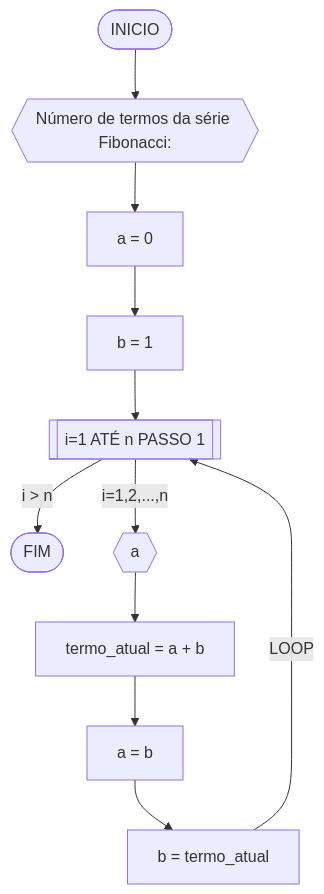
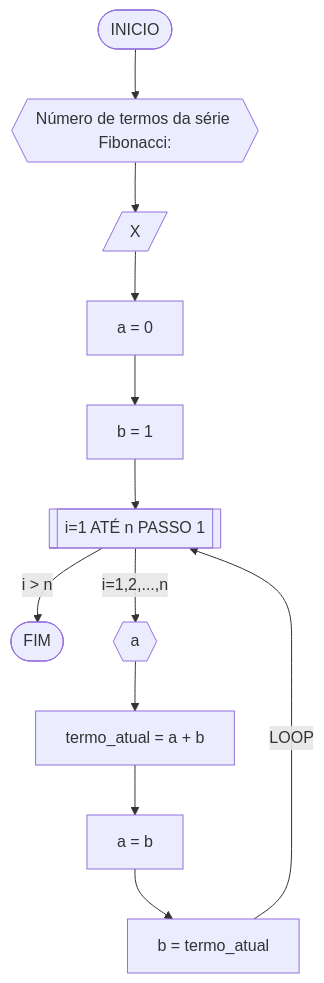
Before and after one commit to yeesusu/UNIFOR: the seventh of 8 diagrams in RLA/Unid1/RLA3/AD1.md, drawn with Mermaid. The commit also changed other lines of this file, not shown here.

````diff
--- a/RLA/Unid1/RLA3/AD1.md
+++ b/RLA/Unid1/RLA3/AD1.md
@@ -414,13 +414,14 @@
 ```mermaid
 flowchart TD
 A([INICIO]) --> B{{"Número de termos da série Fibonacci:"}}
-B --> C[a = 0]
-C --> D[b = 1]
-D --> E[[i=1 ATÉ n PASSO 1]]
-E --"i > n"--> J([FIM])
-E --"i=1,2,...,n"--> F{{a}}
-F --> G[termo_atual = a + b]
-G --> H[a = b]
-H --> I[b = termo_atual]
-I --LOOP--> E 
+B-->C[/X/]
+C --> D[a = 0]
+D --> E[b = 1]
+E --> F[[i=1 ATÉ n PASSO 1]]
+F --"i > n"--> J([FIM])
+F --"i=1,2,...,n"--> G{{a}}
+G --> H[termo_atual = a + b]
+H --> I[a = b]
+I --> K[b = termo_atual]
+K --LOOP--> F 
 ```
````
